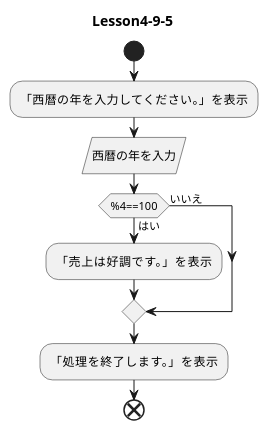
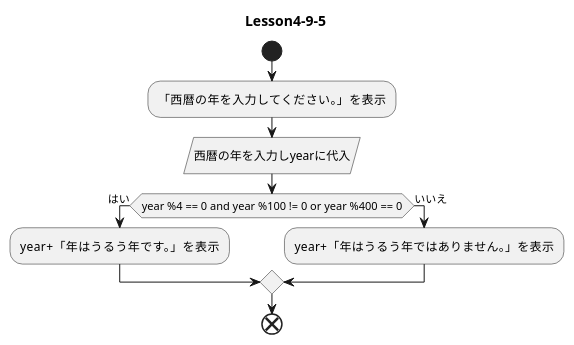
One commit to ahiru3test/aiai changed the diagram in notebook/YPSample/Lesson4/Lesson4_9_5.puml. Above: the diagram before and after it, drawn with PlantUML. The commit also changed 1 other file, not shown here.

```diff
--- a/notebook/YPSample/Lesson4/Lesson4_9_5.puml
+++ b/notebook/YPSample/Lesson4/Lesson4_9_5.puml
@@ -1,16 +1,16 @@
 @startuml
 title Lesson4-9-5
 
 start
 
 :「西暦の年を入力してください。」を表示;
-:西暦の年を入力/
-if (%4==100) then (はい)
-   :「売上は好調です。」を表示;
+:西暦の年を入力しyearに代入/
+if (year %4 == 0 and year %100 != 0 or year %400 == 0) then (はい)
+   :year+「年はうるう年です。」を表示;
 else (いいえ)
+   :year+「年はうるう年ではありません。」を表示;
 endif
 
-:「処理を終了します。」を表示;
 end
 
 @enduml
```
